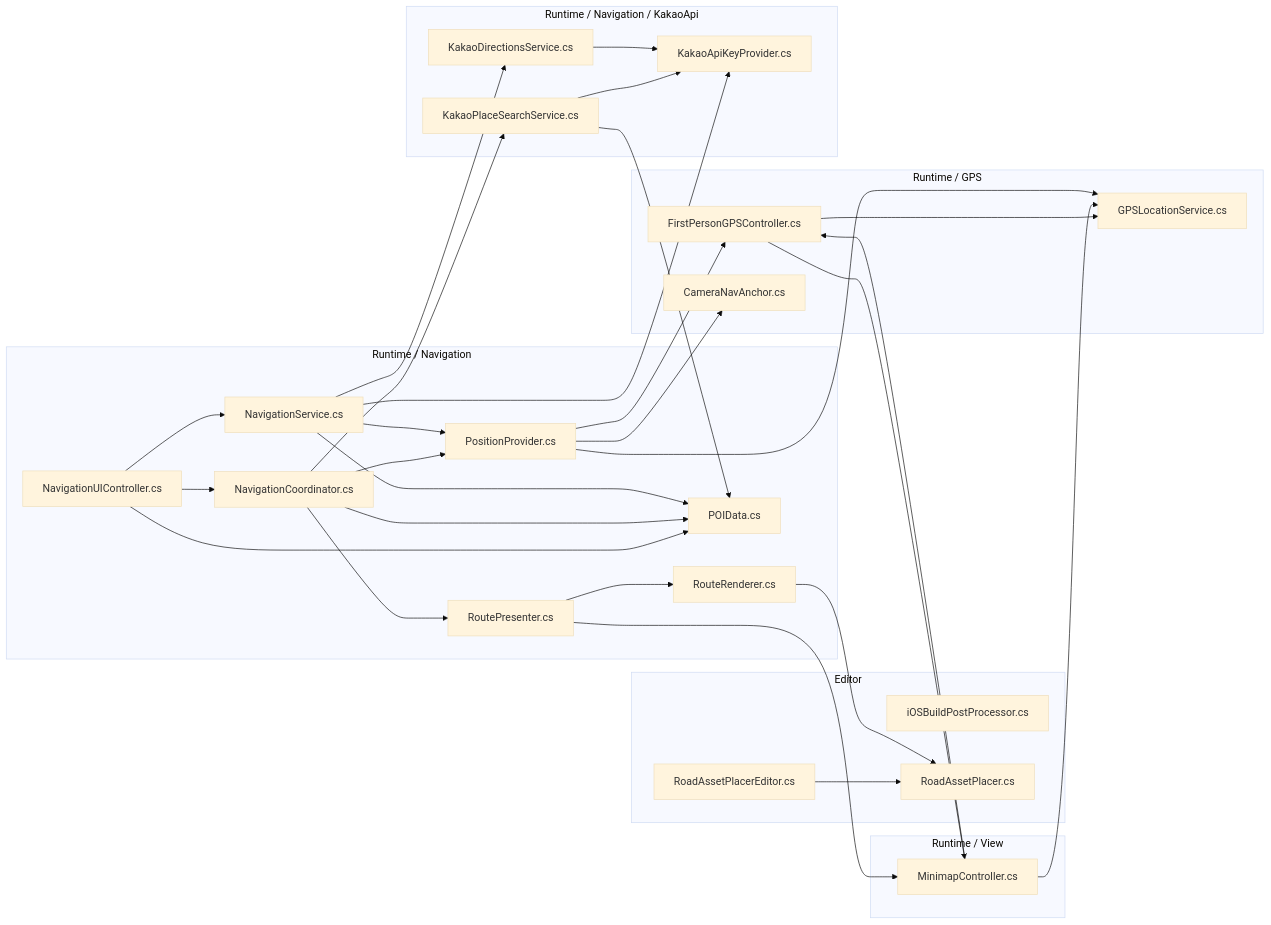
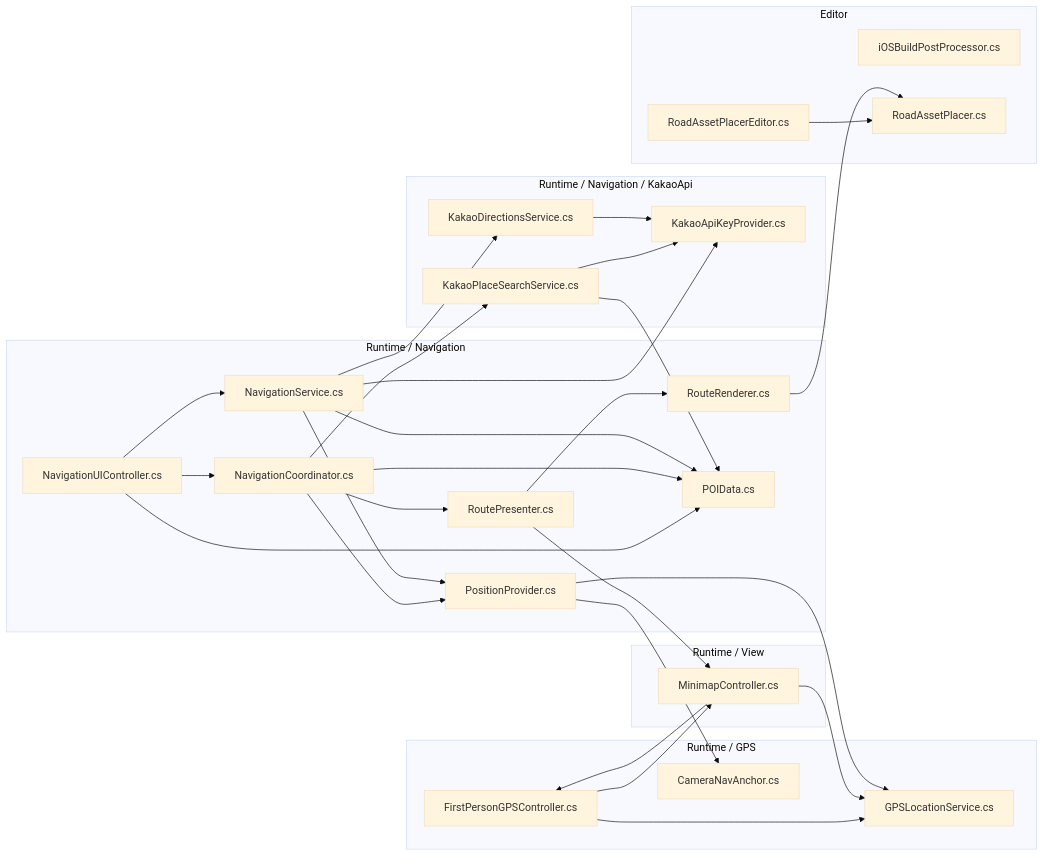
Before and after one commit to rugem33/3D_Digital_twin: the diagram in PIPELINE_OVERVIEW.md, drawn with Mermaid (base theme). The commit also changed other lines of this file and 5 other files, not shown here.

````diff
--- a/PIPELINE_OVERVIEW.md
+++ b/PIPELINE_OVERVIEW.md
@@ -4,70 +4,69 @@
 ```mermaid
 flowchart LR
     subgraph Editor["Editor"]
         RoadAssetPlacerEditor["RoadAssetPlacerEditor.cs"]
         IOSBuildPostProcessor["iOSBuildPostProcessor.cs"]
         RoadAssetPlacer["RoadAssetPlacer.cs"]
     end
 
     subgraph GPS["Runtime / GPS"]
         GPSLocationService["GPSLocationService.cs"]
         FirstPersonGPSController["FirstPersonGPSController.cs"]
         CameraNavAnchor["CameraNavAnchor.cs"]
     end
 
     subgraph Navigation["Runtime / Navigation"]
         NavigationUIController["NavigationUIController.cs"]
         NavigationService["NavigationService.cs"]
         NavigationCoordinator["NavigationCoordinator.cs"]
         RoutePresenter["RoutePresenter.cs"]
         PositionProvider["PositionProvider.cs"]
         RouteRenderer["RouteRenderer.cs"]
         POIData["POIData.cs"]
     end
 
     subgraph Kakao["Runtime / Navigation / KakaoApi"]
         KakaoPlaceSearchService["KakaoPlaceSearchService.cs"]
         KakaoDirectionsService["KakaoDirectionsService.cs"]
         KakaoApiKeyProvider["KakaoApiKeyProvider.cs"]
     end
 
     subgraph View["Runtime / View"]
         MinimapController["MinimapController.cs"]
     end
 
     RoadAssetPlacerEditor --> RoadAssetPlacer
 
     FirstPersonGPSController --> GPSLocationService
     FirstPersonGPSController --> MinimapController
 
     MinimapController --> GPSLocationService
     MinimapController --> FirstPersonGPSController
 
     NavigationUIController --> NavigationService
     NavigationUIController --> NavigationCoordinator
     NavigationUIController --> POIData
 
     NavigationCoordinator --> KakaoPlaceSearchService
     NavigationCoordinator --> RoutePresenter
     NavigationCoordinator --> PositionProvider
     NavigationCoordinator --> POIData
 
     RoutePresenter --> RouteRenderer
     RoutePresenter --> MinimapController
 
     PositionProvider --> GPSLocationService
     PositionProvider --> CameraNavAnchor
-    PositionProvider --> FirstPersonGPSController
 
     NavigationService --> PositionProvider
     NavigationService --> KakaoDirectionsService
     NavigationService --> KakaoApiKeyProvider
     NavigationService --> POIData
 
     RouteRenderer --> RoadAssetPlacer
 
     KakaoPlaceSearchService --> KakaoApiKeyProvider
     KakaoPlaceSearchService --> POIData
 
     KakaoDirectionsService --> KakaoApiKeyProvider
 ```
````
